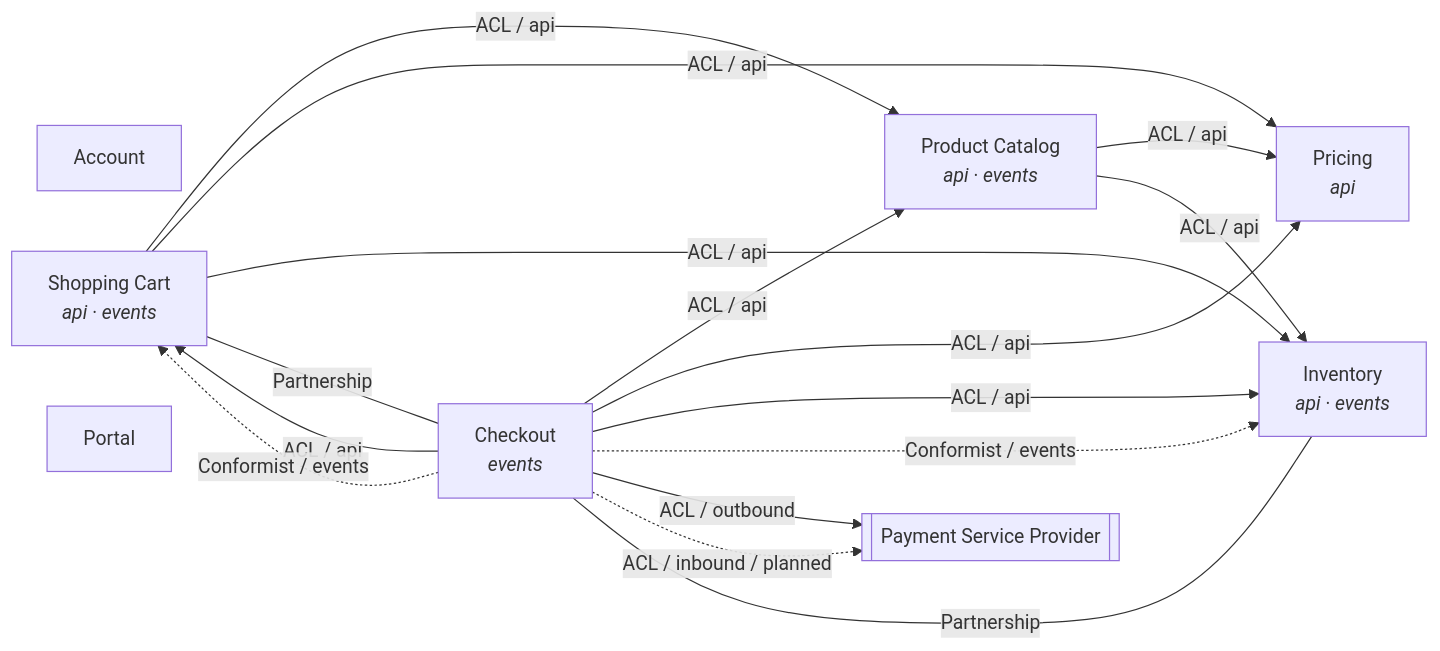
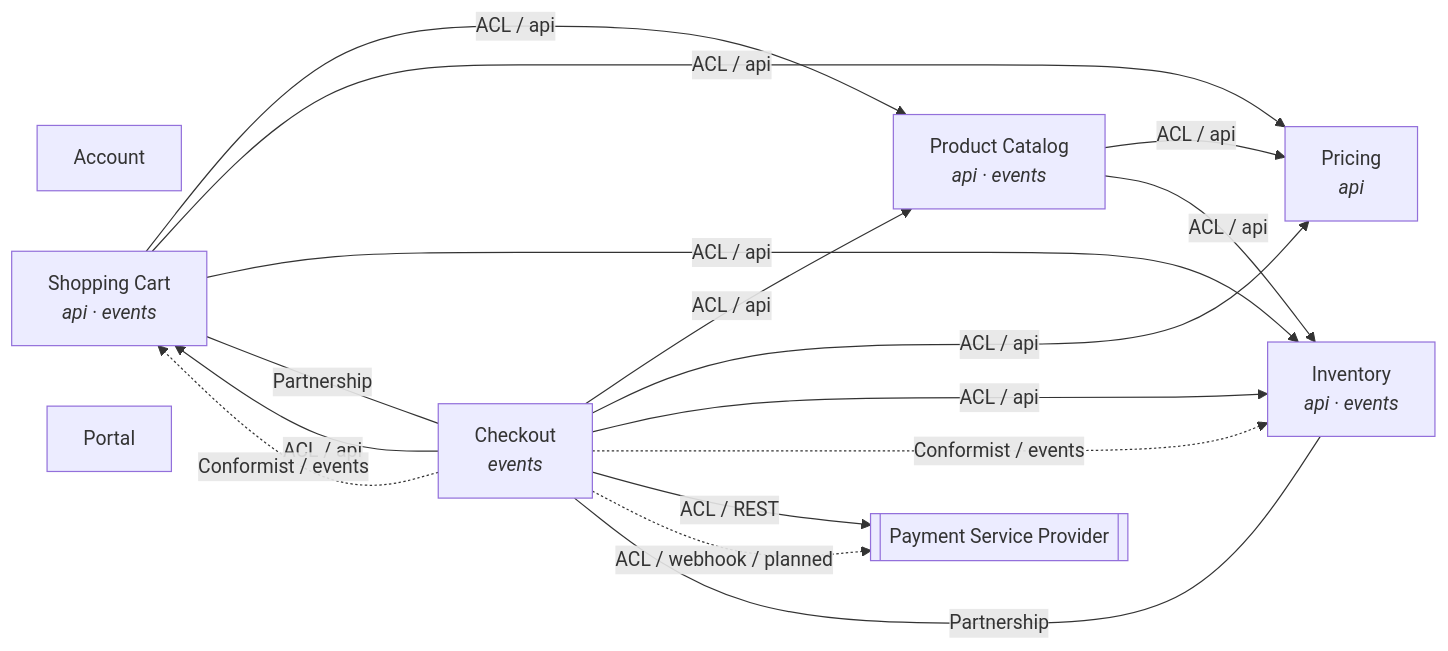
Before and after one commit to chbloemer/dca-ecommerce-sample: the diagram in docs/architecture/context-map.md, drawn with Mermaid. The commit also changed other lines of this file and 5 other files, not shown here.

````diff
--- a/docs/architecture/context-map.md
+++ b/docs/architecture/context-map.md
@@ -31,27 +31,27 @@
 ```mermaid
 graph LR
   account["Account"]
   cart["Shopping Cart<br/><i>api · events</i>"]
   checkout["Checkout<br/><i>events</i>"]
   inventory["Inventory<br/><i>api · events</i>"]
   portal["Portal"]
   pricing["Pricing<br/><i>api</i>"]
   product["Product Catalog<br/><i>api · events</i>"]
 
   cart -->|"ACL / api"| product
   cart -->|"ACL / api"| pricing
   cart -->|"ACL / api"| inventory
   checkout -->|"ACL / api"| product
   checkout -->|"ACL / api"| pricing
   checkout -->|"ACL / api"| inventory
   checkout -.->|"Conformist / events"| inventory
   checkout -->|"ACL / api"| cart
   checkout -.->|"Conformist / events"| cart
   product -->|"ACL / api"| pricing
   product -->|"ACL / api"| inventory
   ext_payment_service_provider[["Payment Service Provider"]]
-  checkout -->|"ACL / outbound"| ext_payment_service_provider
-  checkout -.->|"ACL / inbound / planned"| ext_payment_service_provider
+  checkout -->|"ACL / REST"| ext_payment_service_provider
+  checkout -.->|"ACL / webhook / planned"| ext_payment_service_provider
   cart ---|"Partnership"| checkout
   checkout ---|"Partnership"| inventory
 ```
````
